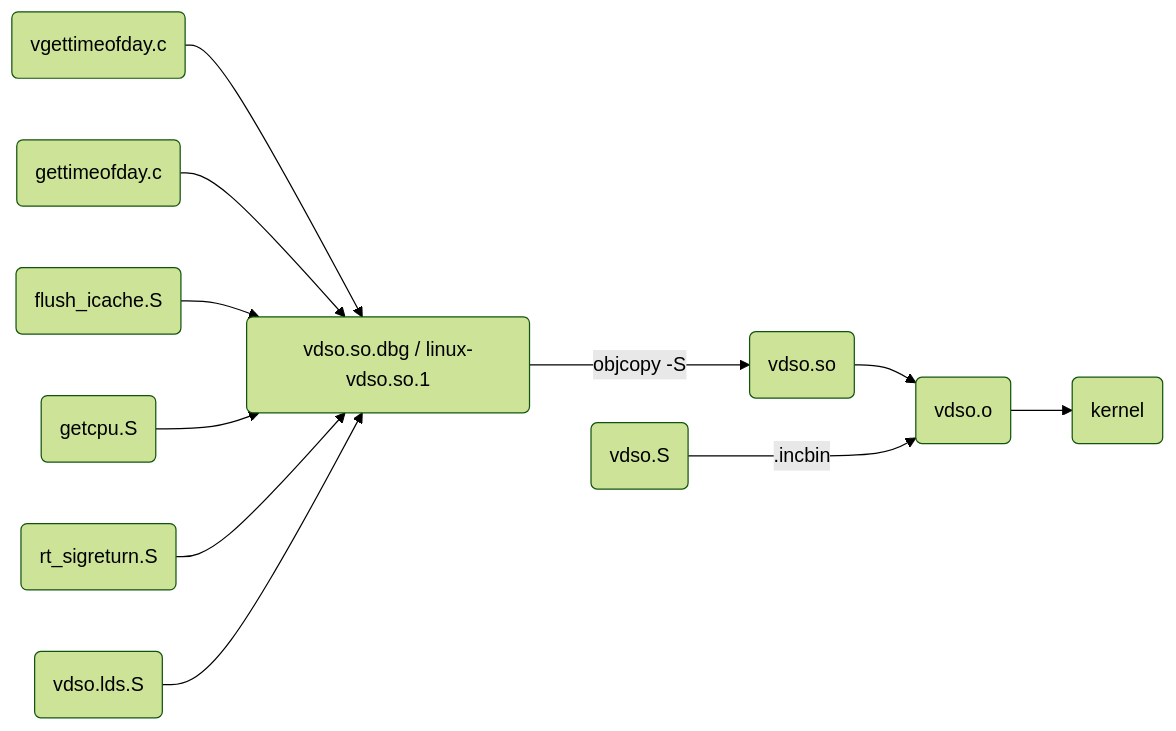
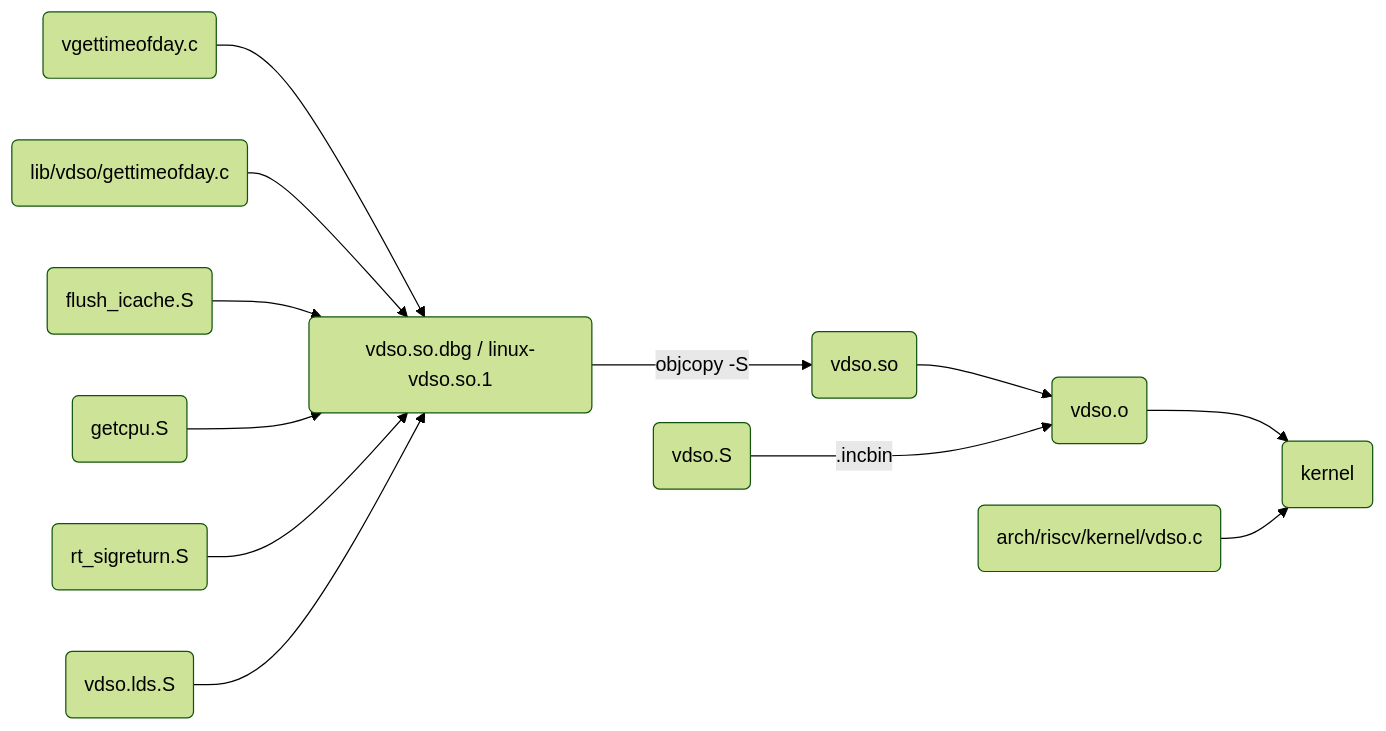
One commit to envestcc/starter-hugo-academic changed the diagram in content/post/RISC-V_vdso/index.md. Above: the diagram before and after it, drawn with Mermaid (forest theme). The commit also changed other lines of this file, not shown here.

Commit message:
update vdso

````diff
--- a/content/post/RISC-V_vdso/index.md
+++ b/content/post/RISC-V_vdso/index.md
@@ -251,13 +251,14 @@
 ```mermaid
 flowchart LR;
     A(vgettimeofday.c)-->F(vdso.so.dbg / linux-vdso.so.1);
-    J(gettimeofday.c)-->F;
+    J(lib/vdso/gettimeofday.c)-->F;
     B(flush_icache.S)-->F;
     C(getcpu.S)-->F;
     D(rt_sigreturn.S)-->F;
     E(vdso.lds.S)-->F;
     F-- objcopy -S --->G(vdso.so)
     G-->H(vdso.o)
     I(vdso.S)-- .incbin --->H
     H-->K(kernel)
+    L(arch/riscv/kernel/vdso.c)-->K
 ```
````
